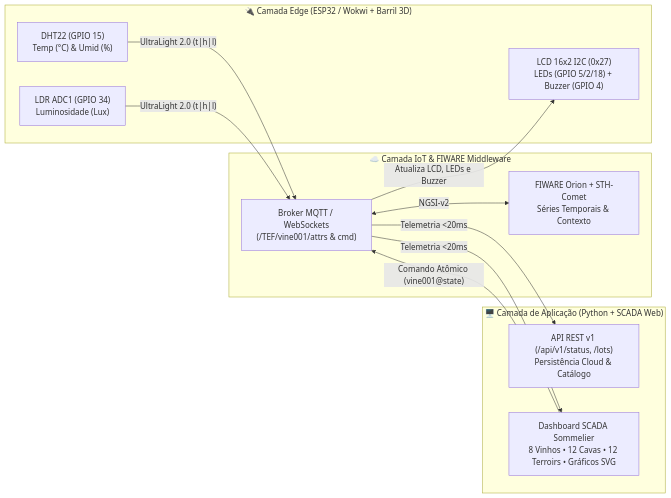
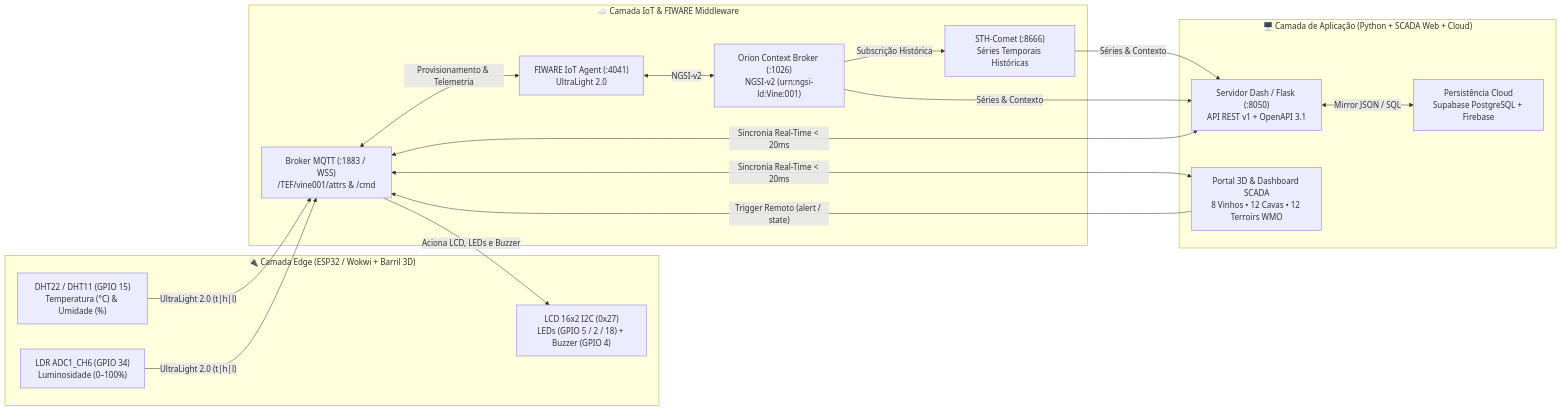
One commit to ninixzzs/vinheria-agnello-cp5-nicolly-vilela changed the first of 2 diagrams in README.md. Above: the diagram before and after it, drawn with Mermaid. The commit also changed other lines of this file, not shown here.

Commit message:
docs: atualizar README.md com especificacao completa, diagramas e imagens 3D

````diff
--- a/README.md
+++ b/README.md
@@ -40,24 +96,31 @@
 ```mermaid
 flowchart LR
     subgraph EDGE["🔌 Camada Edge (ESP32 / Wokwi + Barril 3D)"]
-        S1["DHT22 (GPIO 15)<br/>Temp (°C) & Umid (%)"]
-        S2["LDR ADC1 (GPIO 34)<br/>Luminosidade (Lux)"]
-        ACT["LCD 16x2 I2C (0x27)<br/>LEDs (GPIO 5/2/18) + Buzzer (GPIO 4)"]
+        S1["DHT22 / DHT11 (GPIO 15)<br/>Temperatura (°C) & Umidade (%)"]
+        S2["LDR ADC1_CH6 (GPIO 34)<br/>Luminosidade (0–100%)"]
+        ACT["LCD 16x2 I2C (0x27)<br/>LEDs (GPIO 5 / 2 / 18) + Buzzer (GPIO 4)"]
     end
 
     subgraph BROKER["☁️ Camada IoT & FIWARE Middleware"]
-        MQTT["Broker MQTT / WebSockets<br/>(/TEF/vine001/attrs & cmd)"]
-        ORION["FIWARE Orion + STH-Comet<br/>Séries Temporais & Contexto"]
+        MQTT["Broker MQTT (:1883 / WSS)<br/>/TEF/vine001/attrs & /cmd"]
+        IOT["FIWARE IoT Agent (:4041)<br/>UltraLight 2.0"]
+        ORION["Orion Context Broker (:1026)<br/>NGSI-v2 (urn:ngsi-ld:Vine:001)"]
+        STH["STH-Comet (:8666)<br/>Séries Temporais Históricas"]
     end
 
-    subgraph APP["🖥️ Camada de Aplicação (Python + SCADA Web)"]
-        API["API REST v1 (/api/v1/status, /lots)<br/>Persistência Cloud & Catálogo"]
-        UI["Dashboard SCADA Sommelier<br/>8 Vinhos • 12 Cavas • 12 Terroirs • Gráficos SVG"]
+    subgraph APP["🖥️ Camada de Aplicação (Python + SCADA Web + Cloud)"]
+        API["Servidor Dash / Flask (:8050)<br/>API REST v1 + OpenAPI 3.1"]
+        UI["Portal 3D & Dashboard SCADA<br/>8 Vinhos • 12 Cavas • 12 Terroirs WMO"]
+        CLOUD["Persistência Cloud<br/>Supabase PostgreSQL + Firebase"]
     end
 
     S1 & S2 -->|"UltraLight 2.0 (t|h|l)"| MQTT
-    MQTT <-->|"NGSI-v2"| ORION
-    MQTT -->|"Telemetria <20ms"| UI & API
-    UI -->|"Comando Atômico (vine001@state)"| MQTT
-    MQTT -->|"Atualiza LCD, LEDs e Buzzer"| ACT
+    MQTT <-->|" Provisionamento & Telemetria "| IOT
+    IOT <-->|"NGSI-v2"| ORION
+    ORION -->|"Subscrição Histórica"| STH
+    STH & ORION -->|"Séries & Contexto"| API
+    MQTT <-->|"Sincronia Real-Time < 20ms"| UI & API
+    API <-->|"Mirror JSON / SQL"| CLOUD
+    UI -->|"Trigger Remoto (alert / state)"| MQTT
+    MQTT -->|"Aciona LCD, LEDs e Buzzer"| ACT
 ```
````
